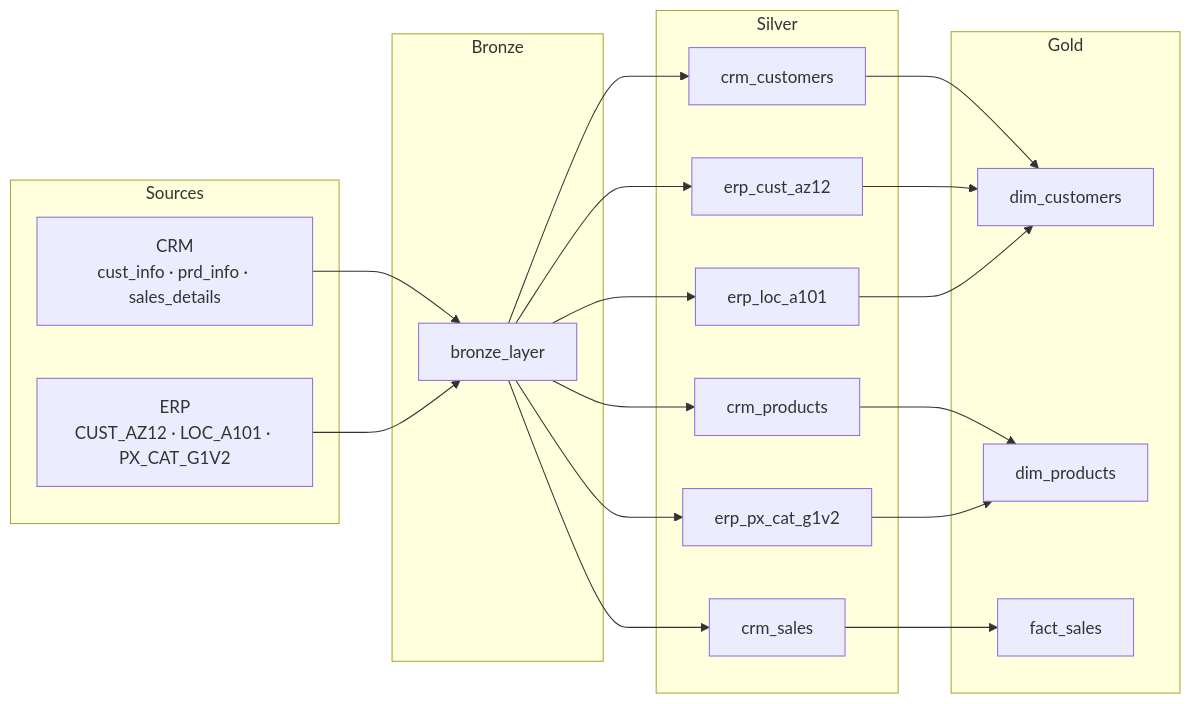
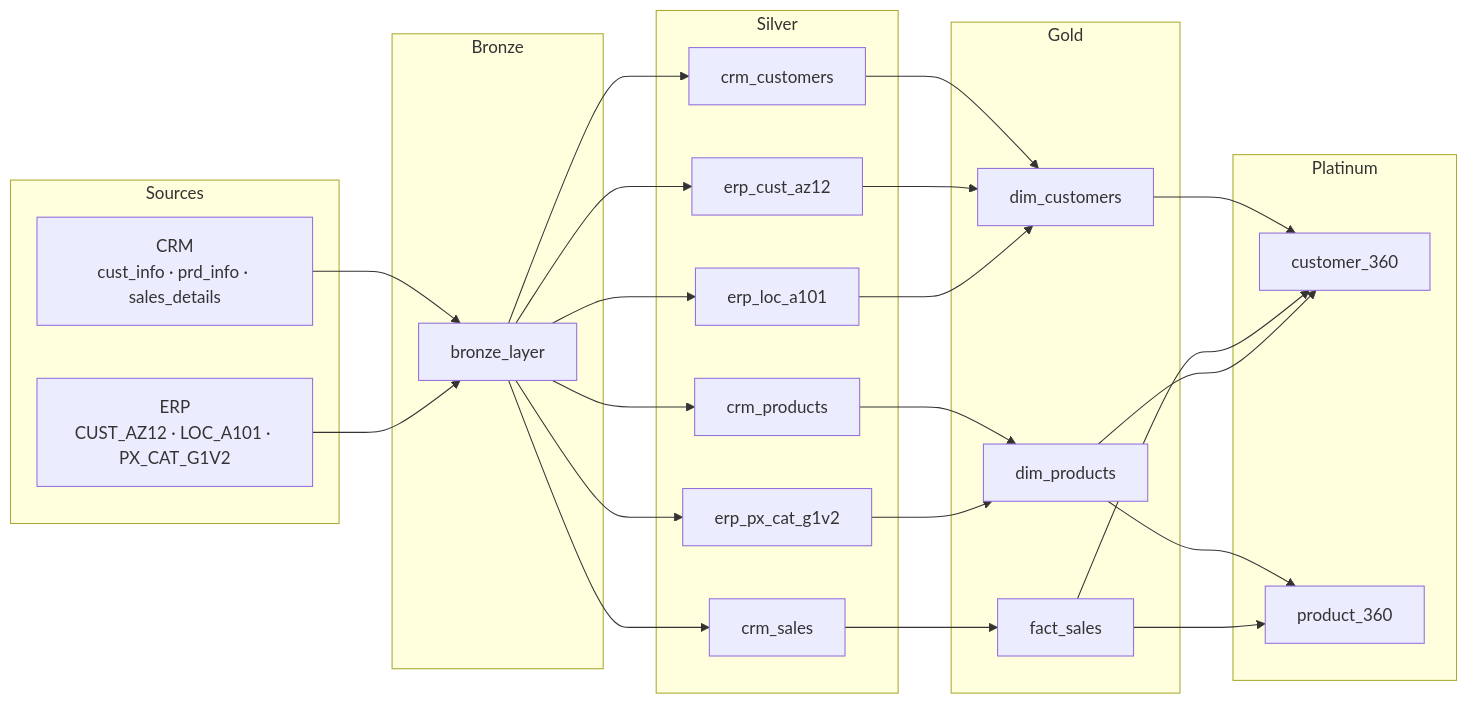
The diagram in README.md (JBaptisteAll/Bike_Data_Lakehouse_Project), drawn with Mermaid before and after one commit. The commit also changed other lines of this file, not shown here.

````diff
--- a/README.md
+++ b/README.md
@@ -9,33 +9,40 @@
 ```mermaid
 flowchart LR
   subgraph Sources
     CRM["CRM\ncust_info · prd_info · sales_details"]
     ERP["ERP\nCUST_AZ12 · LOC_A101 · PX_CAT_G1V2"]
   end
 
   subgraph Bronze
     B[bronze_layer]
   end
 
   subgraph Silver
     S1[crm_customers]
     S2[crm_products]
     S3[crm_sales]
     S4[erp_cust_az12]
     S5[erp_loc_a101]
     S6[erp_px_cat_g1v2]
   end
 
   subgraph Gold
     G1[dim_customers]
     G2[dim_products]
     G3[fact_sales]
   end
 
+  subgraph Platinum
+    P1[customer_360]
+    P2[product_360]
+  end
+
   CRM --> B
   ERP --> B
   B --> S1 & S2 & S3 & S4 & S5 & S6
   S1 & S4 & S5 --> G1
   S2 & S6 --> G2
   S3 --> G3
+  G1 & G3 & G2 --> P1
+  G2 & G3 --> P2
 ```
````
